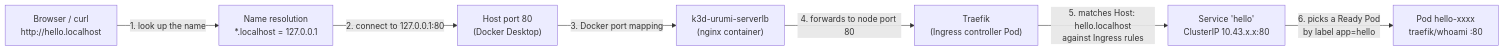
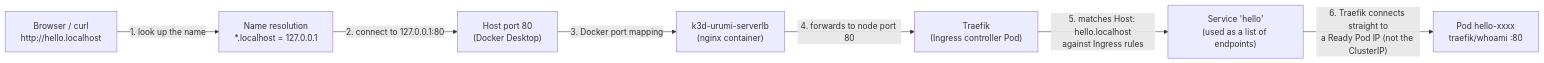
Before and after one commit to tushar66sharma/MCP-Gateway-on-Kubernetes: the diagram in docs/learning/01-kubernetes-primer.md, drawn with Mermaid. The commit also changed other lines of this file and 11 other files, not shown here.

Commit message:
docs: align spec, ADRs, plan and primer with the built store chart

````diff
--- a/docs/learning/01-kubernetes-primer.md
+++ b/docs/learning/01-kubernetes-primer.md
@@ -13,9 +13,9 @@
 ```mermaid
 flowchart LR
     B["Browser / curl<br/>http://hello.localhost"] -->|"1. look up the name"| R["Name resolution<br/>*.localhost = 127.0.0.1"]
     R -->|"2. connect to 127.0.0.1:80"| H["Host port 80<br/>(Docker Desktop)"]
     H -->|"3. Docker port mapping"| LB["k3d-urumi-serverlb<br/>(nginx container)"]
     LB -->|"4. forwards to node port 80"| T["Traefik<br/>(Ingress controller Pod)"]
-    T -->|"5. matches Host: hello.localhost<br/>against Ingress rules"| S["Service 'hello'<br/>ClusterIP 10.43.x.x:80"]
-    S -->|"6. picks a Ready Pod<br/>by label app=hello"| P["Pod hello-xxxx<br/>traefik/whoami :80"]
+    T -->|"5. matches Host: hello.localhost<br/>against Ingress rules"| S["Service 'hello'<br/>(used as a list of endpoints)"]
+    S -->|"6. Traefik connects straight to<br/>a Ready Pod IP (not the ClusterIP)"| P["Pod hello-xxxx<br/>traefik/whoami :80"]
 ```
````
